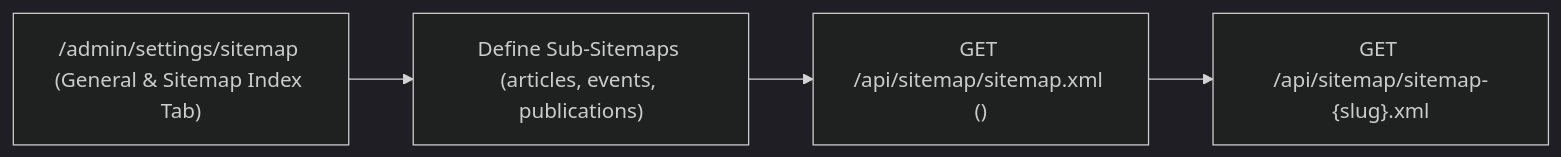
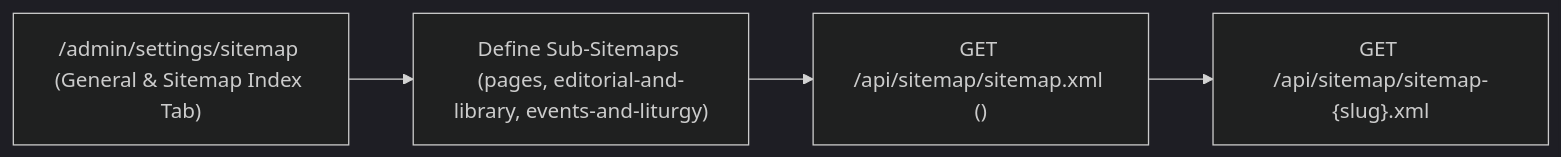
One commit to Vicacha-Devs/strapi-v5-extensions changed the fifth of 5 diagrams in apps/docs/src/content/docs/strapi-plugin-sitemap/guide.md. Above: the diagram before and after it, drawn with Mermaid (dark theme). The commit also changed other lines of this file and 107 other files, not shown here.

Commit message:
docs: refresh Starlight config, plugin schemas and screenshots

````diff
--- a/apps/docs/src/content/docs/strapi-plugin-sitemap/guide.md
+++ b/apps/docs/src/content/docs/strapi-plugin-sitemap/guide.md
@@ -177,6 +186,6 @@
 ```mermaid
 flowchart LR
-  Settings["/admin/settings/sitemap (General & Sitemap Index Tab)"] -->Defs["Define Sub-Sitemaps (articles, events, publications)"]
+  Settings["/admin/settings/sitemap (General & Sitemap Index Tab)"] -->Defs["Define Sub-Sitemaps (pages, editorial-and-library, events-and-liturgy)"]
   Defs --> IndexXml["GET /api/sitemap/sitemap.xml (<sitemapindex>)"]
   IndexXml --> SubXml["GET /api/sitemap/sitemap-{slug}.xml"]
 ```
````
